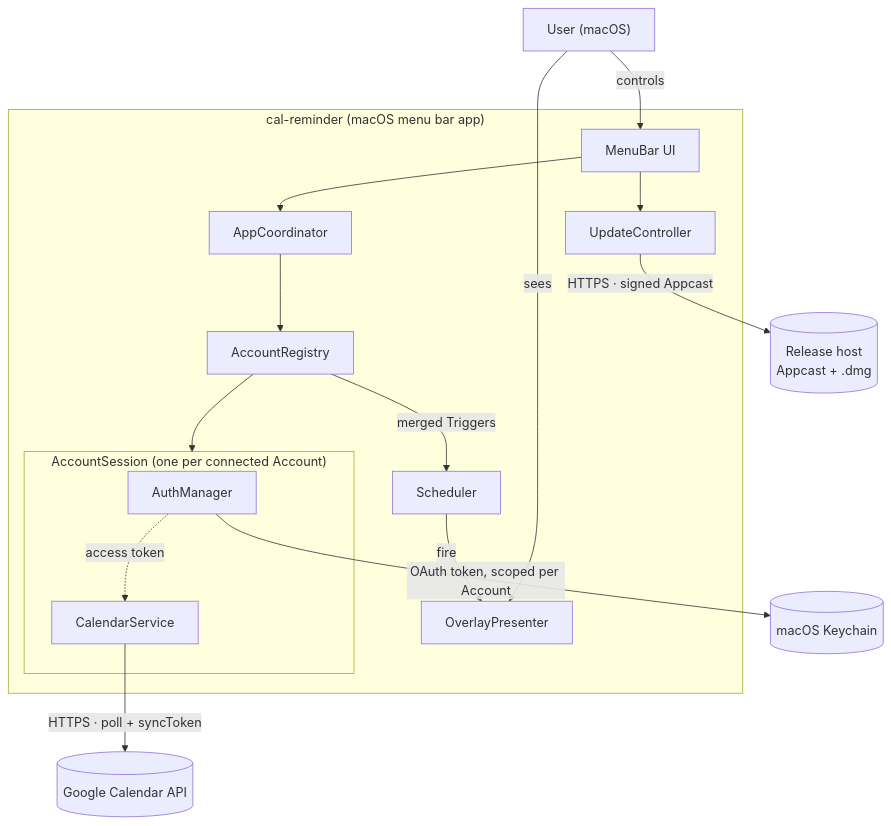
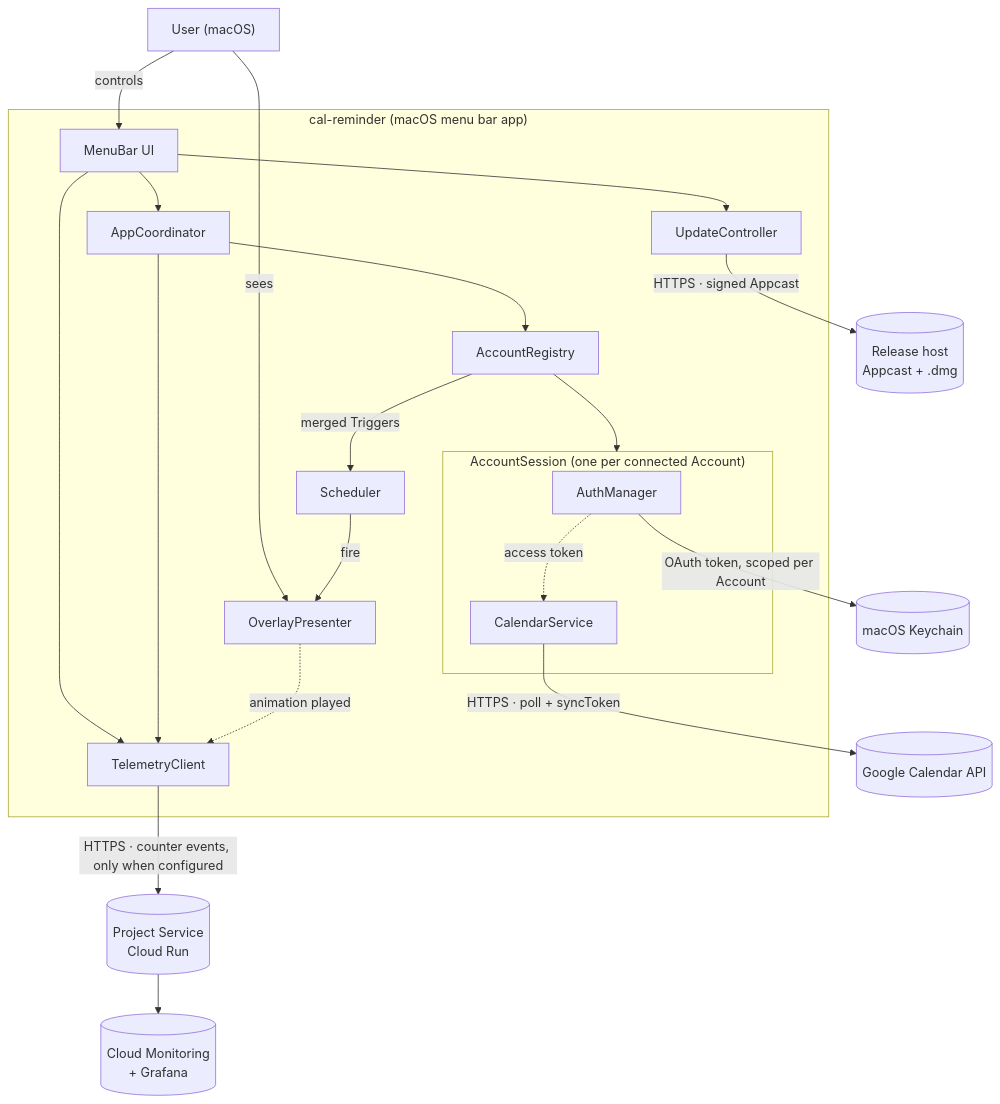
One commit to silvioubaldino/cal-reminder changed the diagram in docs/architecture.md. Above: the diagram before and after it, drawn with Mermaid. The commit also changed other lines of this file and 26 other files, not shown here.

First line of the commit message:
docs: design observability and the Project Service (AYD-012) (#23)

````diff
--- a/docs/architecture.md
+++ b/docs/architecture.md
@@ -20,34 +20,42 @@
 ```mermaid
 flowchart TB
     user["User (macOS)"]
 
     subgraph app["cal-reminder (macOS menu bar app)"]
         ui["MenuBar UI"]
         coord["AppCoordinator"]
         reg["AccountRegistry"]
         subgraph session["AccountSession (one per connected Account)"]
             auth["AuthManager"]
             cal["CalendarService"]
         end
         sched["Scheduler"]
         overlay["OverlayPresenter"]
         upd["UpdateController"]
+        tel["TelemetryClient"]
     end
 
     gcal[("Google Calendar API")]
     keychain[("macOS Keychain")]
     rel[("Release host<br/>Appcast + .dmg")]
+    svc[("Project Service<br/>Cloud Run")]
+    mon[("Cloud Monitoring<br/>+ Grafana")]
 
     user -->|controls| ui
     user -->|sees| overlay
     ui --> coord
     coord --> reg
     reg --> session
     auth -->|OAuth token, scoped per Account| keychain
     cal -->|HTTPS · poll + syncToken| gcal
     reg -->|merged Triggers| sched
     sched -->|fire| overlay
     auth -.->|access token| cal
     ui --> upd
     upd -->|HTTPS · signed Appcast| rel
+    ui --> tel
+    coord --> tel
+    overlay -.->|animation played| tel
+    tel -->|HTTPS · counter events, only when configured| svc
+    svc --> mon
 ```
````
